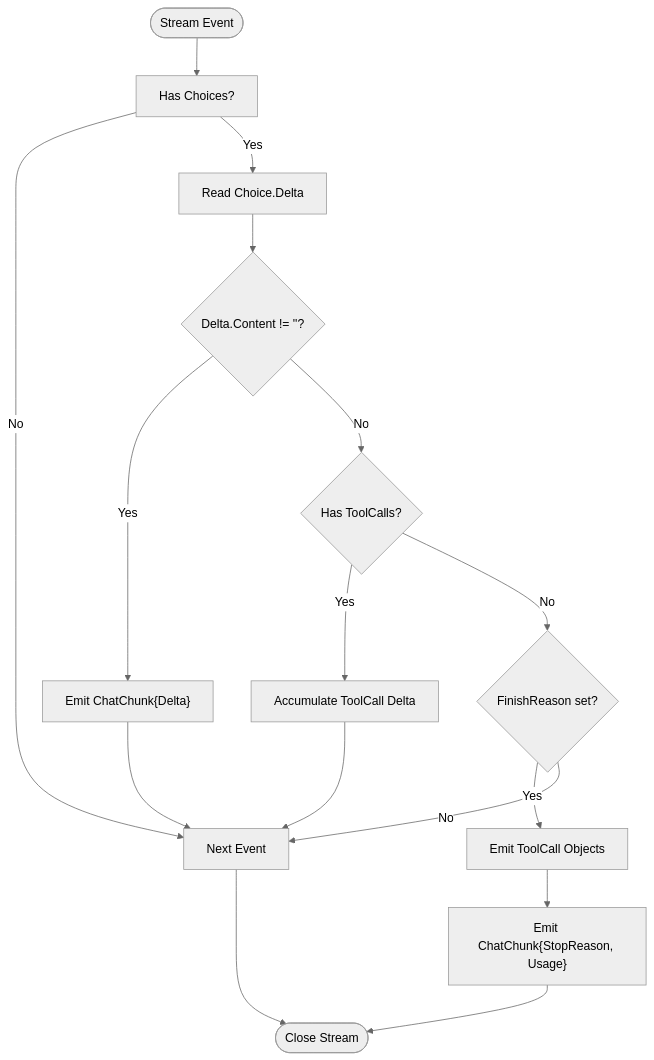
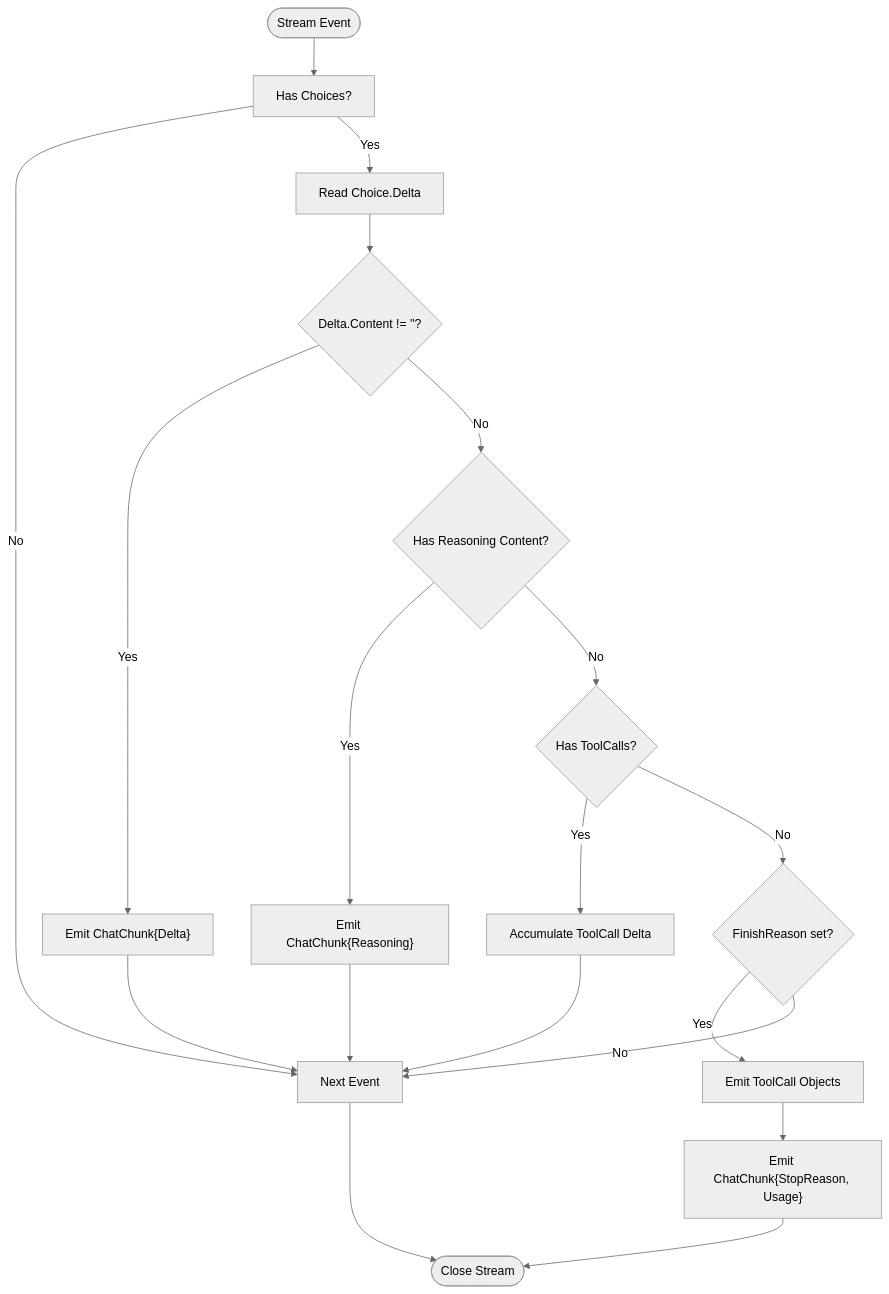
One commit to v0lka/c0wrk changed the fifth of 7 diagrams in .qoder/repowiki/en/content/LLM Provider Integration/OpenAI Provider Implementation.md. Above: the diagram before and after it, drawn with Mermaid (neutral theme). The commit also changed other lines of this file and 8 other files, not shown here.

````diff
--- a/.qoder/repowiki/en/content/LLM Provider Integration/OpenAI Provider Implementation.md
+++ b/.qoder/repowiki/en/content/LLM Provider Integration/OpenAI Provider Implementation.md
@@ -217,18 +251,21 @@
 ```mermaid
 flowchart TD
 Start(["Stream Event"]) --> CheckChoice["Has Choices?"]
 CheckChoice --> |No| Next["Next Event"]
 CheckChoice --> |Yes| ReadChoice["Read Choice.Delta"]
 ReadChoice --> Content{"Delta.Content != ''?"}
 Content --> |Yes| EmitContent["Emit ChatChunk{Delta}"]
-Content --> |No| ToolCalls{"Has ToolCalls?"}
+Content --> |No| Reasoning{"Has Reasoning Content?"}
+Reasoning --> |Yes| EmitReasoning["Emit ChatChunk{Reasoning}"]
+Reasoning --> |No| ToolCalls{"Has ToolCalls?"}
 ToolCalls --> |Yes| Acc["Accumulate ToolCall Delta"]
 ToolCalls --> |No| Finish{"FinishReason set?"}
 Finish --> |Yes| EmitTC["Emit ToolCall Objects"]
 Finish --> |No| Next
 EmitTC --> EmitStop["Emit ChatChunk{StopReason, Usage}"]
+EmitReasoning --> Next
 EmitContent --> Next
 Acc --> Next
 EmitStop --> End(["Close Stream"])
 Next --> End
 ```
````
